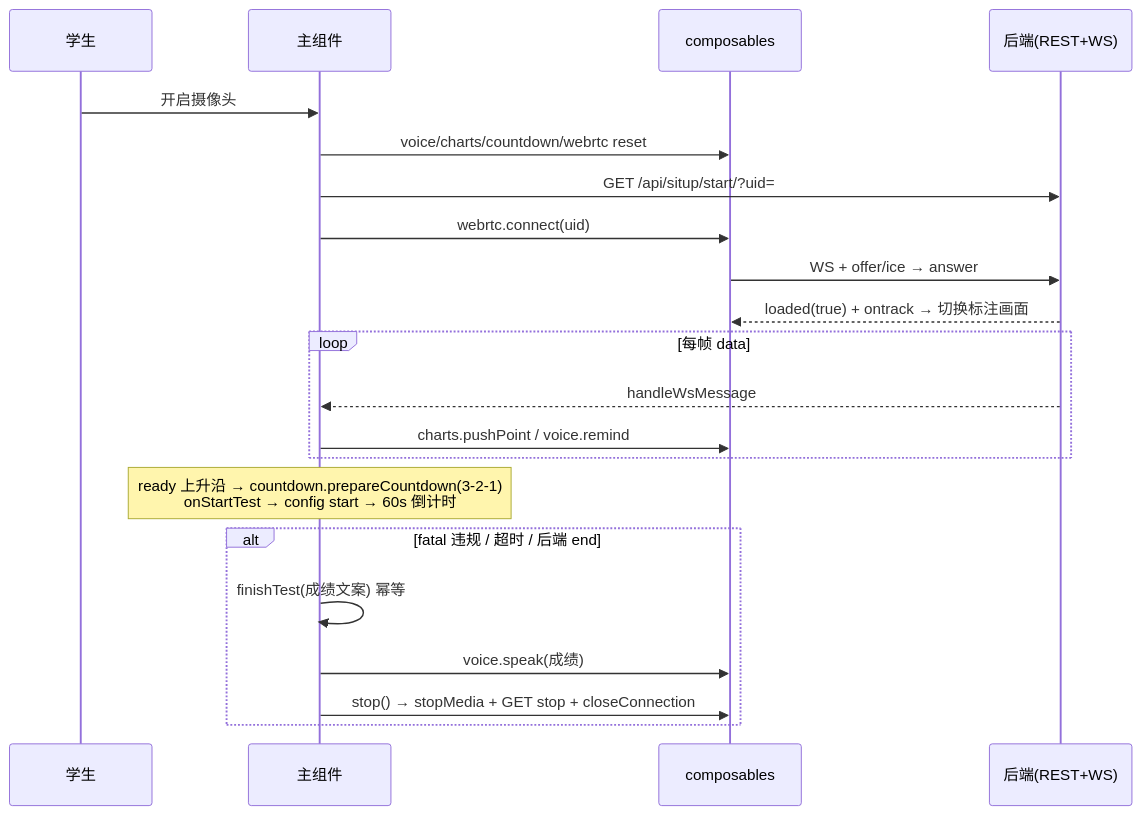
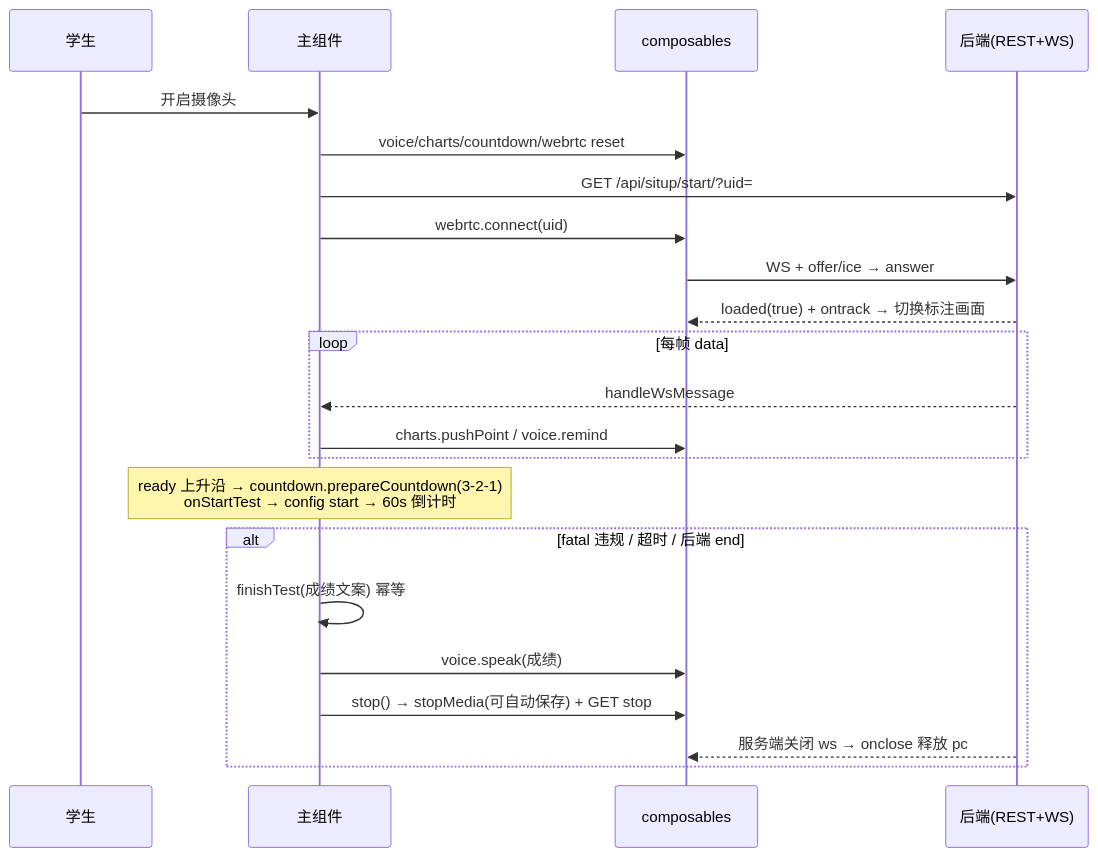
One commit to Macarion/sport-vue changed the diagram in docs/StudentTestingSitup.md. Above: the diagram before and after it, drawn with Mermaid. The commit also changed other lines of this file and 3 other files, not shown here.

````diff
--- a/docs/StudentTestingSitup.md
+++ b/docs/StudentTestingSitup.md
@@ -93,24 +95,25 @@
 ```mermaid
 sequenceDiagram
     participant U as 学生
     participant P as 主组件
     participant M as composables
     participant B as 后端(REST+WS)
 
     U->>P: 开启摄像头
     P->>M: voice/charts/countdown/webrtc reset
     P->>B: GET /api/situp/start/?uid=
     P->>M: webrtc.connect(uid)
     M->>B: WS + offer/ice → answer
     B-->>M: loaded(true) + ontrack → 切换标注画面
     loop 每帧 data
         B-->>P: handleWsMessage
         P->>M: charts.pushPoint / voice.remind
     end
     Note over P: ready 上升沿 → countdown.prepareCountdown(3-2-1)<br/>onStartTest → config start → 60s 倒计时
     alt fatal 违规 / 超时 / 后端 end
         P->>P: finishTest(成绩文案) 幂等
         P->>M: voice.speak(成绩)
-        P->>M: stop() → stopMedia + GET stop + closeConnection
+        P->>M: stop() → stopMedia(可自动保存) + GET stop
+        B-->>M: 服务端关闭 ws → onclose 释放 pc
     end
 ```
````
